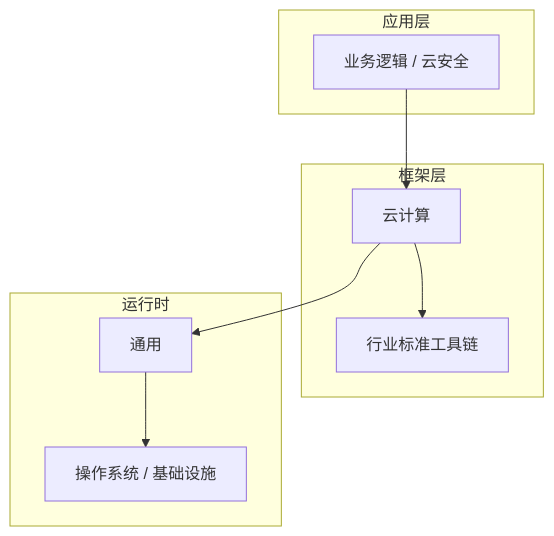
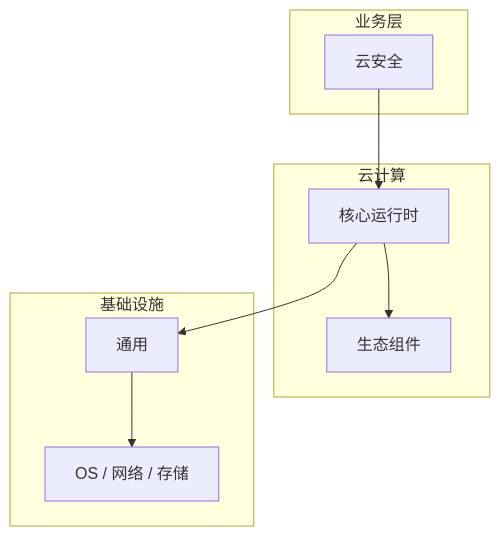
The diagram in articles/云计算/chapters/049-云安全核心概念与原理.md (yanggan2015/knowledge-json-v2), drawn with Mermaid before and after one commit. The commit also changed other lines of this file and 10127 other files, not shown here.

````diff
--- a/articles/云计算/chapters/049-云安全核心概念与原理.md
+++ b/articles/云计算/chapters/049-云安全核心概念与原理.md
@@ -45,18 +34,18 @@
 ```mermaid
 graph TB
-    subgraph 应用层
-        A[业务逻辑 / 云安全]
+    subgraph 业务层
+        A[云安全]
     end
-    subgraph 框架层
-        B[云计算]
-        C[行业标准工具链]
+    subgraph 云计算
+        B[核心运行时]
+        C[生态组件]
     end
-    subgraph 运行时
+    subgraph 基础设施
         D[通用]
-        E[操作系统 / 基础设施]
+        E[OS / 网络 / 存储]
     end
     A --> B
     B --> C
     B --> D
     D --> E
 ```
````
